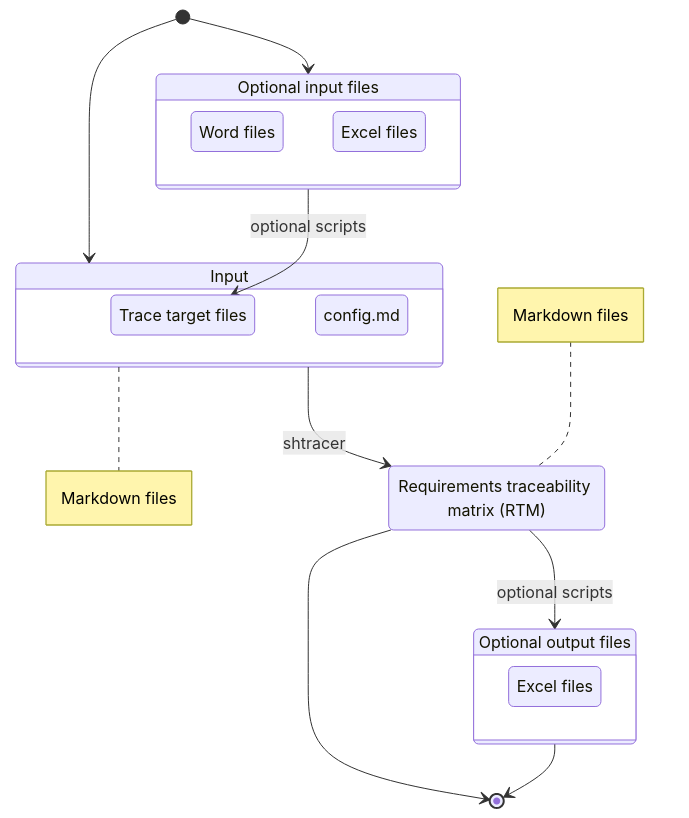
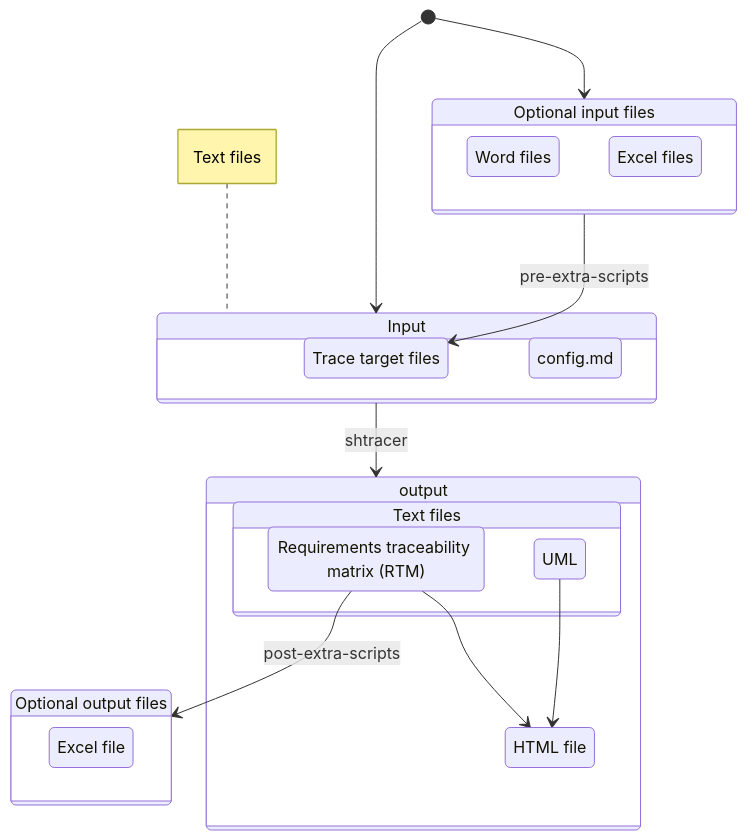
Before and after one commit to qq3g7bad/shtracer: the first of 2 diagrams in docs/02_architecture.md, drawn with Mermaid. The commit also changed other lines of this file and 2 other files, not shown here.

Commit message:
docs: change according to the actual codes

````diff
--- a/docs/02_architecture.md
+++ b/docs/02_architecture.md
@@ -18,38 +17,45 @@
 ```mermaid
 stateDiagram
 
-rtm:Requirements traceability matrix (RTM)
-
 input:Input
 opt_input:Optional input files
-opt_output:Optional output files
 
 state input {
   targetfiles:Trace target files
   config:config.md
 }
 state opt_input {
   wordinput:Word files
   excelinput:Excel files
 }
-state opt_output {
-  exceloutput:Excel files
-}
-
-note right of input
-  Markdown files
+note left of input
+  Text files
 end note
 
 [*] --> input
 [*] --> opt_input
-opt_input --> targetfiles : optional scripts
 
-input --> rtm : shtracer
-note left of rtm
-  Markdown files
-end note
+opt_input --> targetfiles : pre-extra-scripts
+opt_output:Optional output files
 
-rtm --> [*]
-rtm --> opt_output : optional scripts
-opt_output --> [*]
+state output {
+  txt_output: Text files
+  html_output:HTML file
+}
+
+state txt_output {
+  rtm:Requirements traceability matrix (RTM)
+  uml:UML
+}
+
+state opt_output {
+  excel_output:Excel file
+}
+
+
+input --> output : shtracer
+rtm --> opt_output : post-extra-scripts
+rtm --> html_output
+uml --> html_output
+
 ```
````
